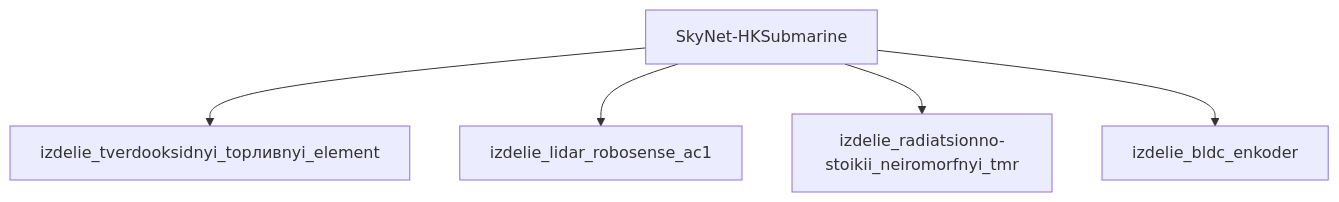
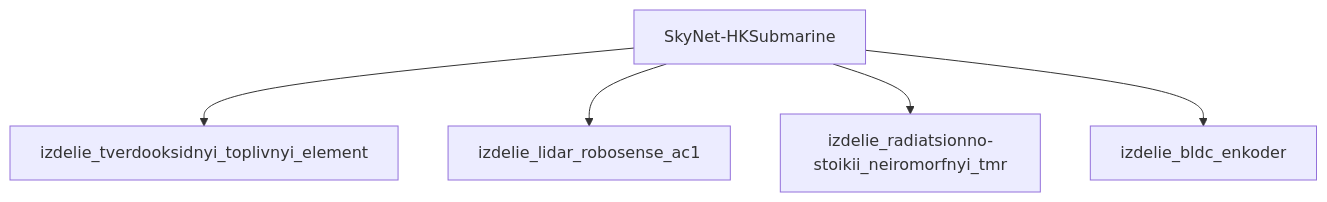
One commit to a-m-e-n-t-e-t/SkyNet changed the diagram in результаты/модели/hk_submarine/фантастическая реализация/_index.md. Above: the diagram before and after it, drawn with Mermaid. The commit also changed other lines of this file and 53 other files, not shown here.

````diff
--- a/результаты/модели/hk_submarine/фантастическая реализация/_index.md
+++ b/результаты/модели/hk_submarine/фантастическая реализация/_index.md
@@ -172,12 +120,12 @@
 ```mermaid
 graph TD
     SkyNet_HKSubmarine["SkyNet-HKSubmarine"]
-    izdelie_tverdooksidnyi_top___nyi_element["izdelie_tverdooksidnyi_topливnyi_element"]
-    SkyNet_HKSubmarine --> izdelie_tverdooksidnyi_top___nyi_element
+    izdelie_tverdooksidnyi_toplivnyi_element["izdelie_tverdooksidnyi_toplivnyi_element"]
+    SkyNet_HKSubmarine --> izdelie_tverdooksidnyi_toplivnyi_element
     izdelie_lidar_robosense_ac1["izdelie_lidar_robosense_ac1"]
     SkyNet_HKSubmarine --> izdelie_lidar_robosense_ac1
     izdelie_radiatsionno_stoikii_neiromorfnyi_tmr["izdelie_radiatsionno-stoikii_neiromorfnyi_tmr"]
     SkyNet_HKSubmarine --> izdelie_radiatsionno_stoikii_neiromorfnyi_tmr
     izdelie_bldc_enkoder["izdelie_bldc_enkoder"]
     SkyNet_HKSubmarine --> izdelie_bldc_enkoder
 ```
````
